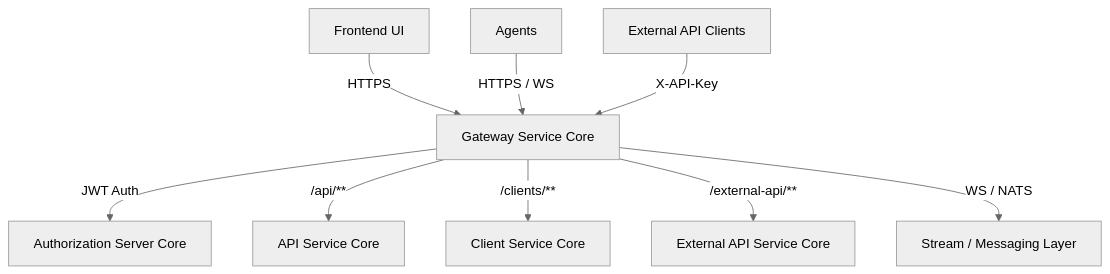
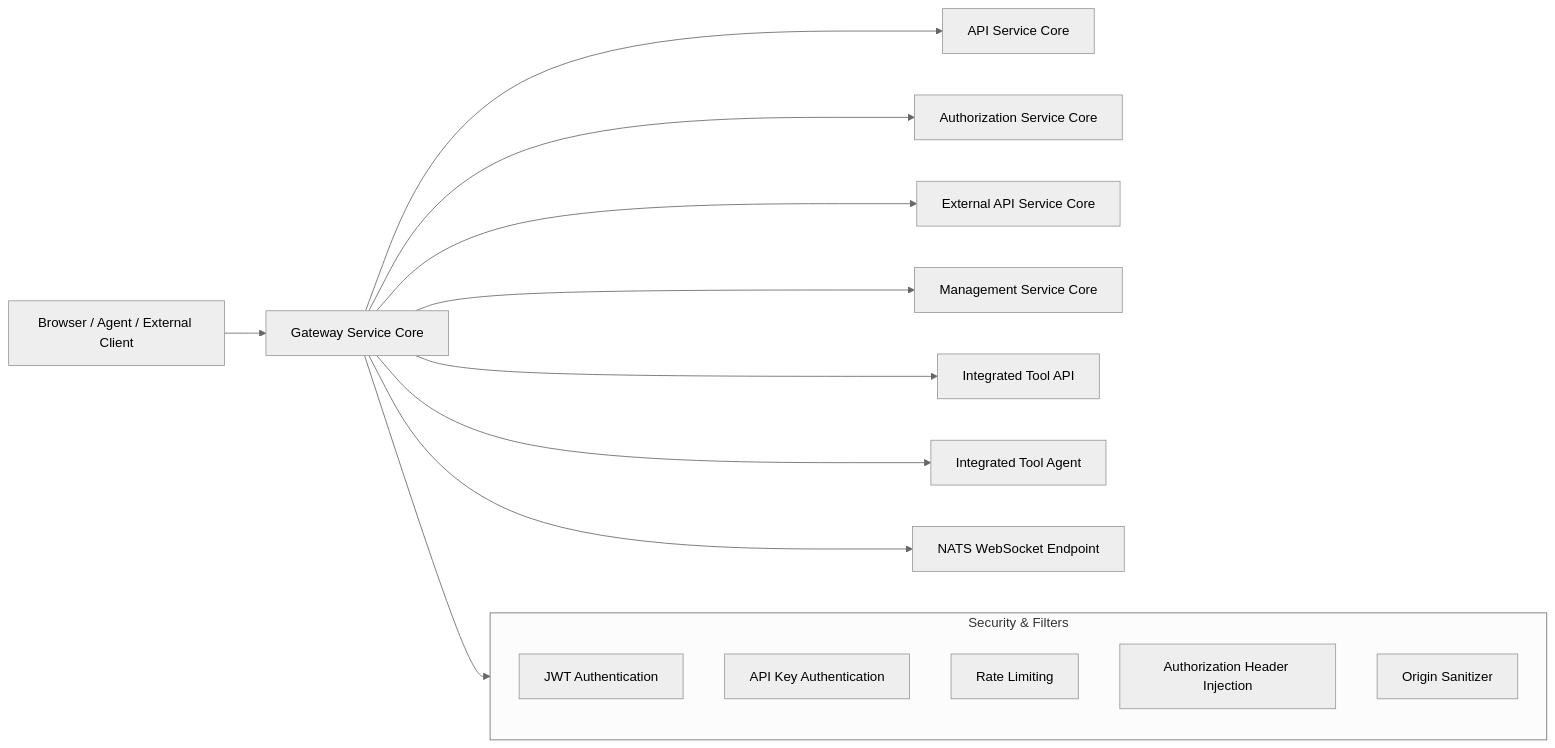
One commit to Praesto-Pro/openframe-oss-tenant changed the first of 7 diagrams in docs/architecture/gateway-service-core/gateway-service-core.md. Above: the diagram before and after it, drawn with Mermaid (neutral theme). The commit also changed other lines of this file and 174 other files, not shown here.

````diff
--- a/docs/architecture/gateway-service-core/gateway-service-core.md
+++ b/docs/architecture/gateway-service-core/gateway-service-core.md
@@ -36,12 +29,22 @@
 ```mermaid
-flowchart TD
-    UI["Frontend UI"] -->|"HTTPS"| Gateway["Gateway Service Core"]
-    Agents["Agents"] -->|"HTTPS / WS"| Gateway
-    ExternalClients["External API Clients"] -->|"X-API-Key"| Gateway
+flowchart LR
+    Client["Browser / Agent / External Client"] --> Gateway["Gateway Service Core"]
 
-    Gateway -->|"JWT Auth"| Authz["Authorization Server Core"]
-    Gateway -->|"/api/**"| ApiService["API Service Core"]
-    Gateway -->|"/clients/**"| ClientService["Client Service Core"]
-    Gateway -->|"/external-api/**"| ExternalApi["External API Service Core"]
-    Gateway -->|"WS / NATS"| StreamLayer["Stream / Messaging Layer"]
+    Gateway --> ApiService["API Service Core"]
+    Gateway --> AuthService["Authorization Service Core"]
+    Gateway --> ExternalApi["External API Service Core"]
+    Gateway --> ManagementService["Management Service Core"]
+    Gateway --> ToolApi["Integrated Tool API"]
+    Gateway --> ToolAgent["Integrated Tool Agent"]
+    Gateway --> Nats["NATS WebSocket Endpoint"]
+
+    subgraph SecurityLayer["Security & Filters"]
+        JwtAuth["JWT Authentication"]
+        ApiKeyAuth["API Key Authentication"]
+        RateLimit["Rate Limiting"]
+        HeaderFilter["Authorization Header Injection"]
+        OriginFilter["Origin Sanitizer"]
+    end
+
+    Gateway --> SecurityLayer
 ```
````
